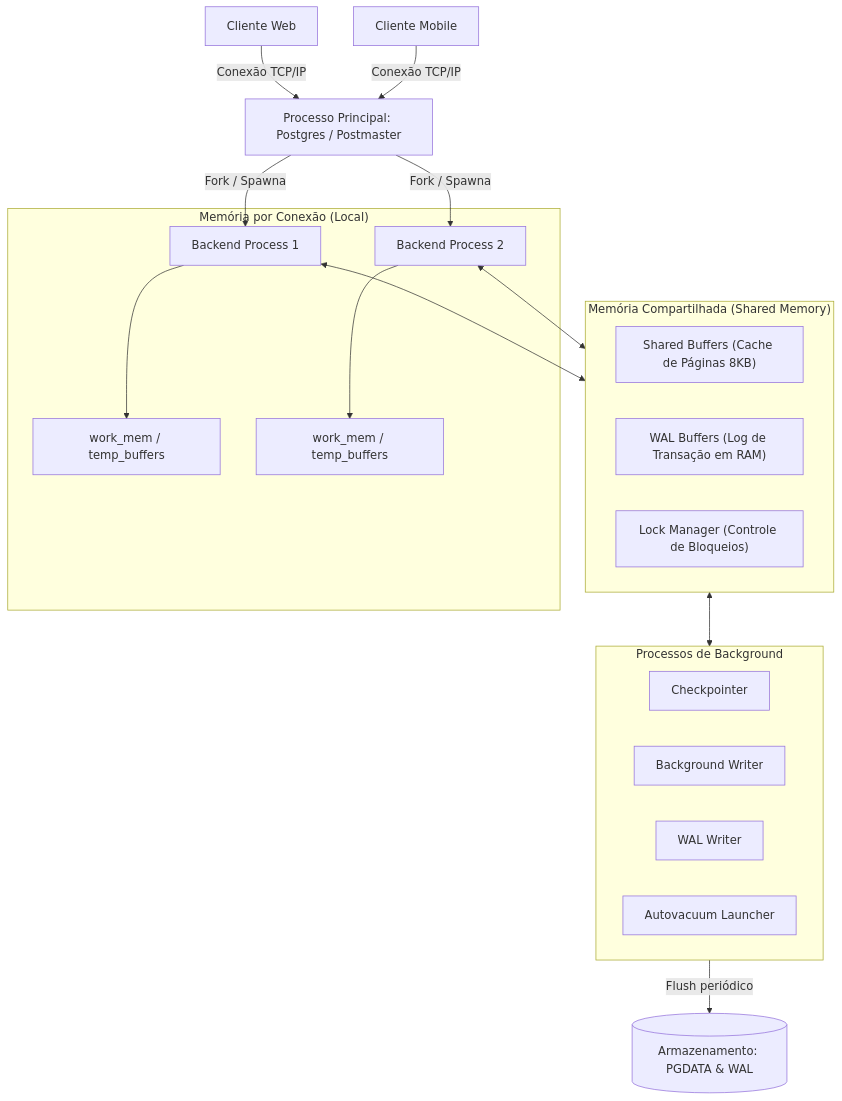
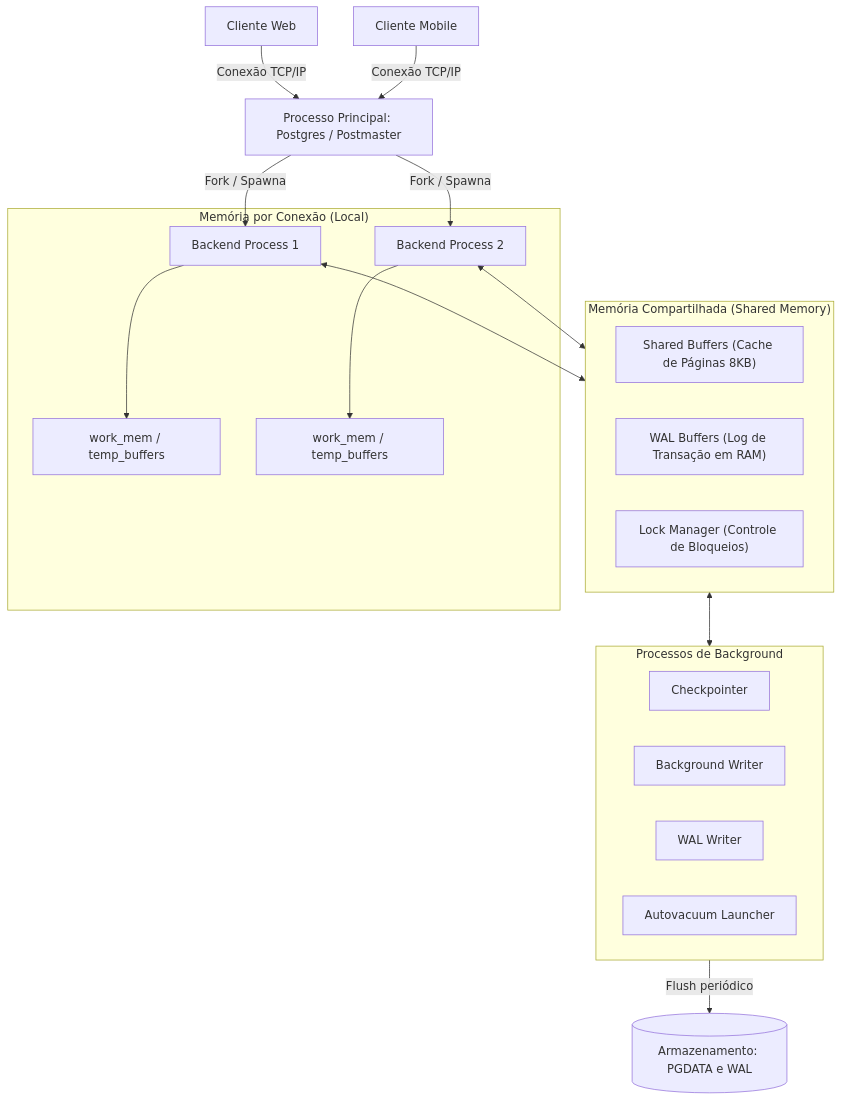
One commit to diogofragoso/postgresql changed the first of 3 diagrams in 01-fundamentos/03-arquitetura-postgresql.md. Above: the diagram before and after it, drawn with Mermaid. The commit also changed other lines of this file and 28 other files, not shown here.

````diff
--- a/01-fundamentos/03-arquitetura-postgresql.md
+++ b/01-fundamentos/03-arquitetura-postgresql.md
@@ -22,32 +22,32 @@
 ```mermaid
 flowchart TD
     Client1[Cliente Web] -->|Conexão TCP/IP| Postmaster[Processo Principal: Postgres / Postmaster]
     Client2[Cliente Mobile] -->|Conexão TCP/IP| Postmaster
 
     Postmaster -->|Fork / Spawna| BE1[Backend Process 1]
     Postmaster -->|Fork / Spawna| BE2[Backend Process 2]
 
     subgraph MemoriaLocal["Memória por Conexão (Local)"]
         BE1 --> WM1["work_mem / temp_buffers"]
         BE2 --> WM2["work_mem / temp_buffers"]
     end
 
     subgraph SharedMemory["Memória Compartilhada (Shared Memory)"]
         SB["Shared Buffers (Cache de Páginas 8KB)"]
         WB["WAL Buffers (Log de Transação em RAM)"]
         LM["Lock Manager (Controle de Bloqueios)"]
     end
 
     BE1 <--> SharedMemory
     BE2 <--> SharedMemory
 
     subgraph BackgroundWorkers["Processos de Background"]
         CP[Checkpointer]
         BGW[Background Writer]
         WW[WAL Writer]
         AV[Autovacuum Launcher]
     end
 
     SharedMemory <--> BackgroundWorkers
-    BackgroundWorkers -->|Flush periódico| Disk[(Armazenamento: PGDATA & WAL)]
+    BackgroundWorkers -->|Flush periódico| Disk[(Armazenamento: PGDATA e WAL)]
 ```
````
